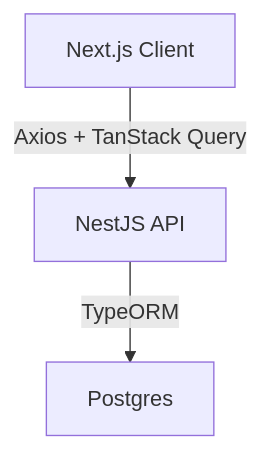
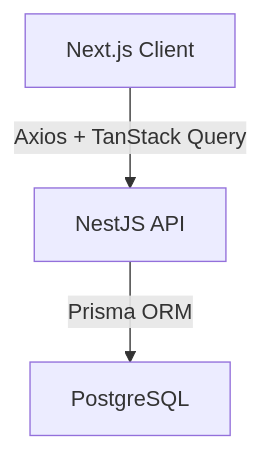
One commit to hungpn256/thuchi changed the first of 2 diagrams in memory-bank/systemPatterns.md. Above: the diagram before and after it, drawn with Mermaid. The commit also changed other lines of this file and 31 other files, not shown here.

````diff
--- a/memory-bank/systemPatterns.md
+++ b/memory-bank/systemPatterns.md
@@ -5,9 +5,9 @@
 ```mermaid
 flowchart TD
     Client[Next.js Client]
     API[NestJS API]
-    DB[Postgres]
+    DB[PostgreSQL]
 
     Client -->|Axios + TanStack Query| API
-    API -->|TypeORM| DB
+    API -->|Prisma ORM| DB
 ```
````
